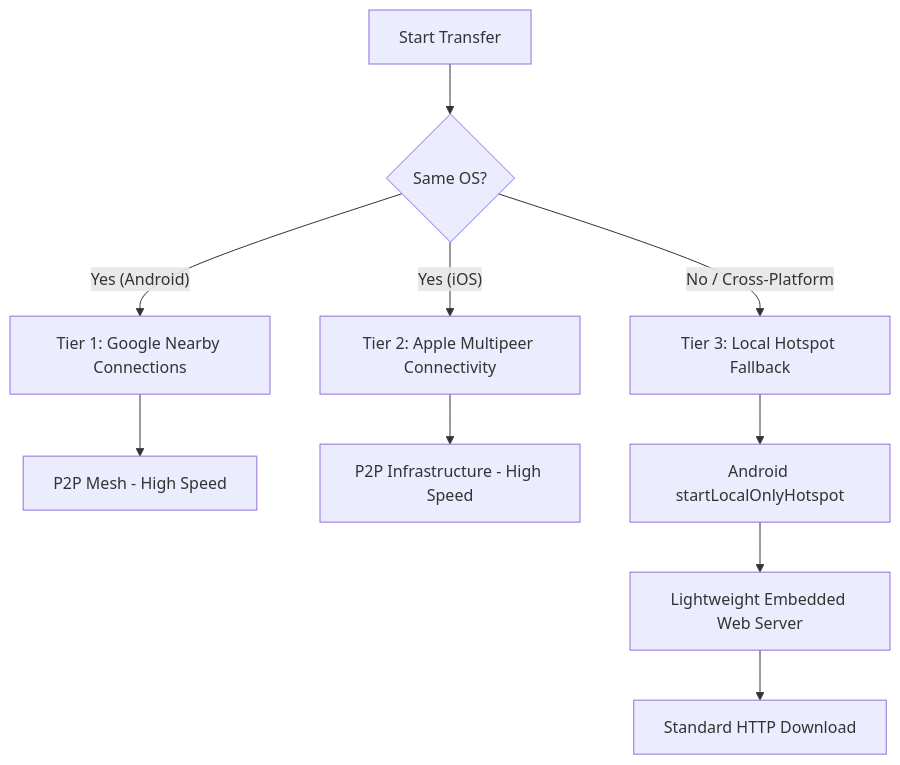
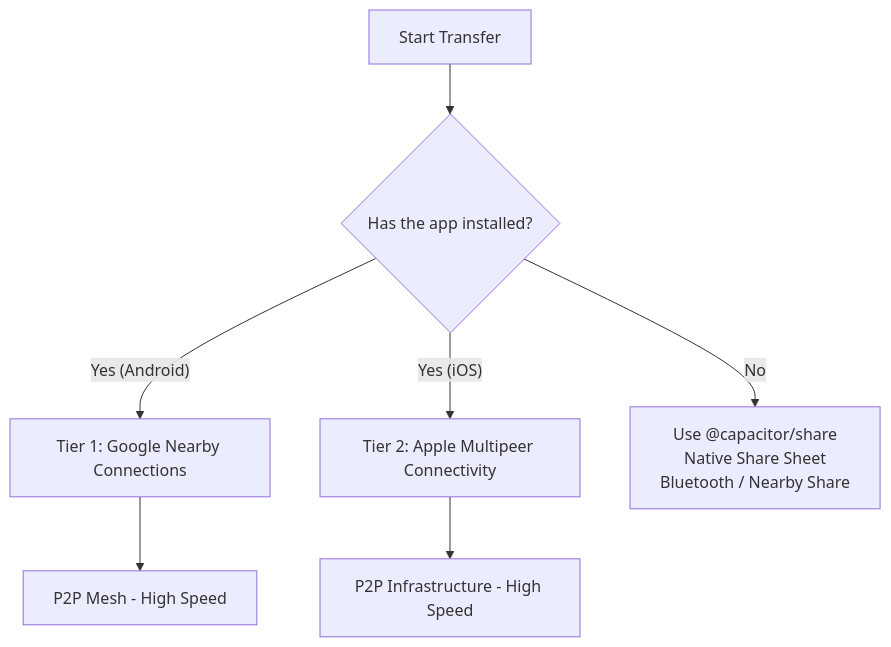
One commit to e-picsa/capacitor-offline-transfer changed the diagram in README.md. Above: the diagram before and after it, drawn with Mermaid. The commit also changed other lines of this file and 17 other files, not shown here.

````diff
--- a/README.md
+++ b/README.md
@@ -9,13 +9,10 @@
 ```mermaid
 graph TD
-    A[Start Transfer] --> B{Same OS?}
+    A[Start Transfer] --> B{Has the app installed?}
     B -- Yes (Android) --> C[Tier 1: Google Nearby Connections]
     B -- Yes (iOS) --> D[Tier 2: Apple Multipeer Connectivity]
-    B -- No / Cross-Platform --> E[Tier 3: Local Hotspot Fallback]
+    B -- No --> E[Use @capacitor/share<br/>Native Share Sheet<br/>Bluetooth / Nearby Share]
 
     C --> F[P2P Mesh - High Speed]
     D --> G[P2P Infrastructure - High Speed]
-    E --> H[Android startLocalOnlyHotspot]
-    H --> I[Lightweight Embedded Web Server]
-    I --> J[Standard HTTP Download]
 ```
````
